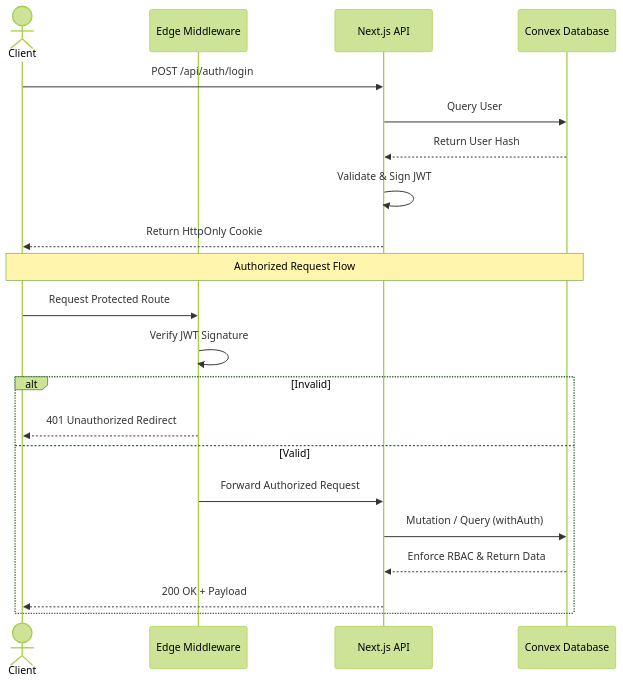
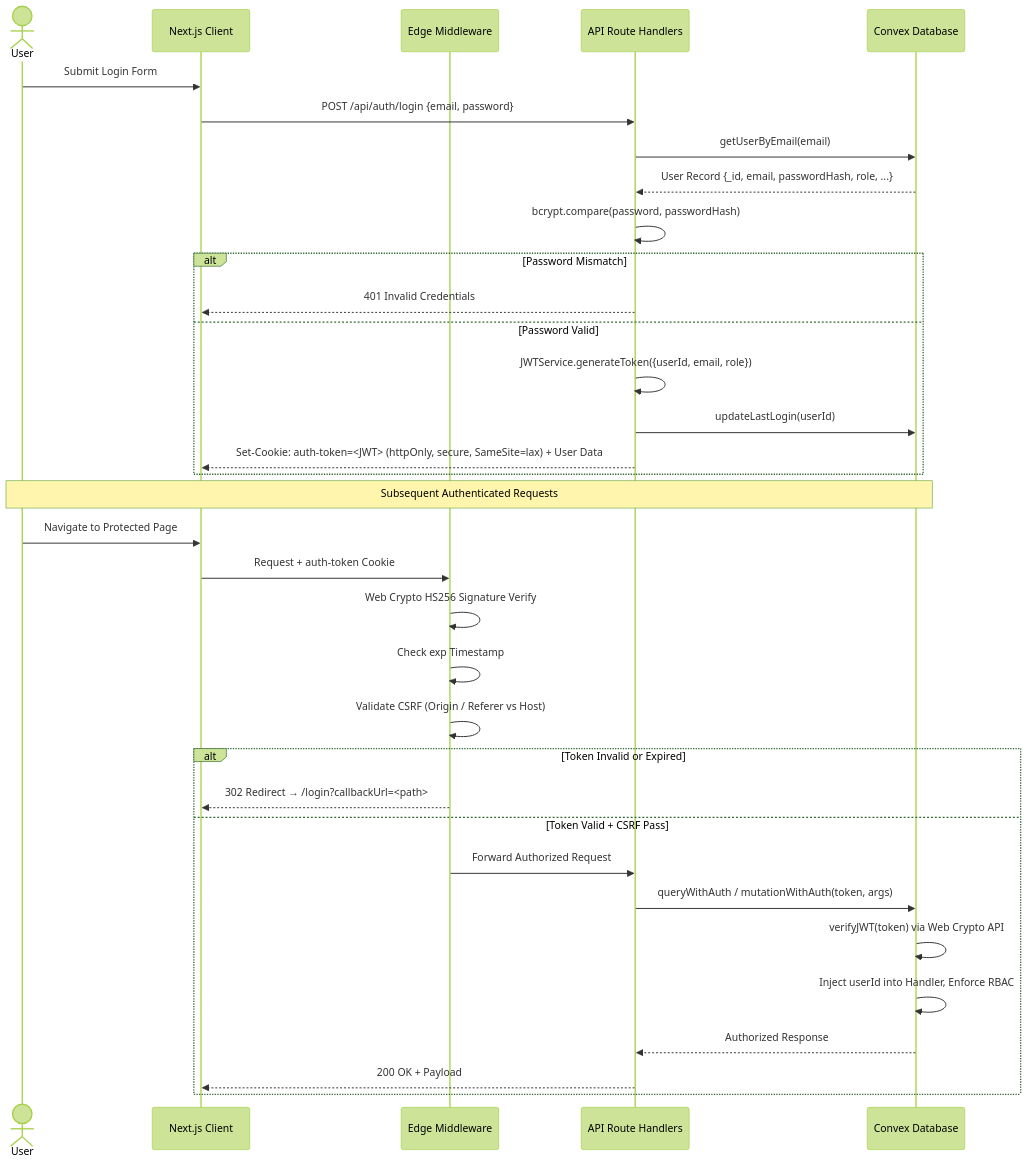
The second of 17 diagrams in README.md (ArrinPaul/Landsat), drawn with Mermaid (forest theme) before and after one commit. The commit also changed other lines of this file, not shown here.

Commit message:
feat: enhance class diagram with Role and Location structures, and update method signatures

````diff
--- a/README.md
+++ b/README.md
@@ -78,25 +110,41 @@
 ```mermaid
 sequenceDiagram
-    actor Client
+    actor User
+    participant Client as Next.js Client
     participant MW as Edge Middleware
-    participant API as Next.js API
+    participant API as API Route Handlers
     participant DB as Convex Database
 
-    Client->>API: POST /api/auth/login
-    API->>DB: Query User
-    DB-->>API: Return User Hash
-    API->>API: Validate & Sign JWT
-    API-->>Client: Return HttpOnly Cookie
+    User->>Client: Submit Login Form
+    Client->>API: POST /api/auth/login {email, password}
+    API->>DB: getUserByEmail(email)
+    DB-->>API: User Record {_id, email, passwordHash, role, ...}
+    API->>API: bcrypt.compare(password, passwordHash)
 
-    Note over Client, DB: Authorized Request Flow
-    Client->>MW: Request Protected Route
-    MW->>MW: Verify JWT Signature
-    alt Invalid
-        MW-->>Client: 401 Unauthorized Redirect
-    else Valid
+    alt Password Mismatch
+        API-->>Client: 401 Invalid Credentials
+    else Password Valid
+        API->>API: JWTService.generateToken({userId, email, role})
+        API->>DB: updateLastLogin(userId)
+        API-->>Client: Set-Cookie: auth-token=<JWT> (httpOnly, secure, SameSite=lax) + User Data
+    end
+
+    Note over User, DB: Subsequent Authenticated Requests
+
+    User->>Client: Navigate to Protected Page
+    Client->>MW: Request + auth-token Cookie
+    MW->>MW: Web Crypto HS256 Signature Verify
+    MW->>MW: Check exp Timestamp
+    MW->>MW: Validate CSRF (Origin / Referer vs Host)
+
+    alt Token Invalid or Expired
+        MW-->>Client: 302 Redirect → /login?callbackUrl=<path>
+    else Token Valid + CSRF Pass
         MW->>API: Forward Authorized Request
-        API->>DB: Mutation / Query (withAuth)
-        DB-->>API: Enforce RBAC & Return Data
+        API->>DB: queryWithAuth / mutationWithAuth(token, args)
+        DB->>DB: verifyJWT(token) via Web Crypto API
+        DB->>DB: Inject userId into Handler, Enforce RBAC
+        DB-->>API: Authorized Response
         API-->>Client: 200 OK + Payload
     end
 ```
````
